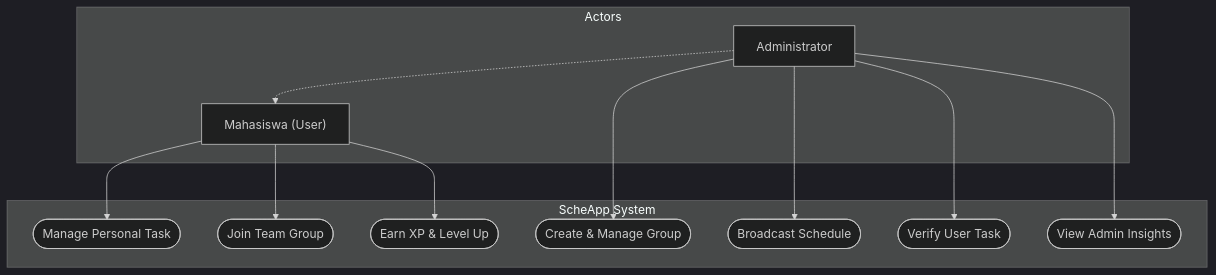
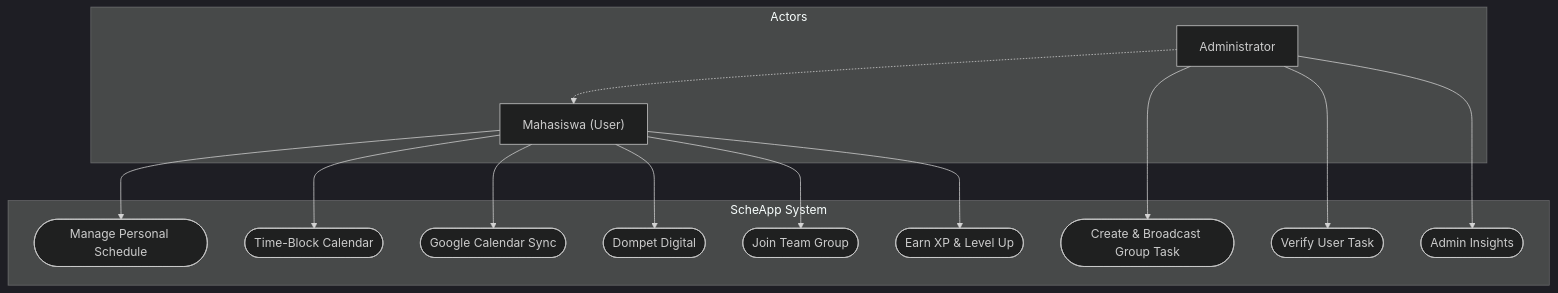
The first of 3 diagrams in README.md (gerrard046/ScheApp-by-Gerrard), drawn with Mermaid (dark theme) before and after one commit. The commit also changed other lines of this file, not shown here.

Commit message:
docs: update README — fitur Time-Block Calendar, Google Sync, PWA, Wallet

````diff
--- a/README.md
+++ b/README.md
@@ -106,27 +82,31 @@
 ```mermaid
 graph TD
     subgraph Actors
         U["Mahasiswa (User)"]
         A["Administrator"]
     end
 
     subgraph "ScheApp System"
-        UC1([Manage Personal Task])
-        UC2([Join Team Group])
-        UC3([Earn XP & Level Up])
-        UC4([Create & Manage Group])
-        UC5([Broadcast Schedule])
-        UC6([Verify User Task])
-        UC7([View Admin Insights])
+        UC1([Manage Personal Schedule])
+        UC2([Time-Block Calendar])
+        UC3([Google Calendar Sync])
+        UC4([Dompet Digital])
+        UC5([Join Team Group])
+        UC6([Earn XP & Level Up])
+        UC7([Create & Broadcast Group Task])
+        UC8([Verify User Task])
+        UC9([Admin Insights])
     end
 
     U --> UC1
     U --> UC2
     U --> UC3
-    
-    A --> UC4
-    A --> UC5
-    A --> UC6
+    U --> UC4
+    U --> UC5
+    U --> UC6
+
     A --> UC7
+    A --> UC8
+    A --> UC9
     A -.-> U
 ```
````
